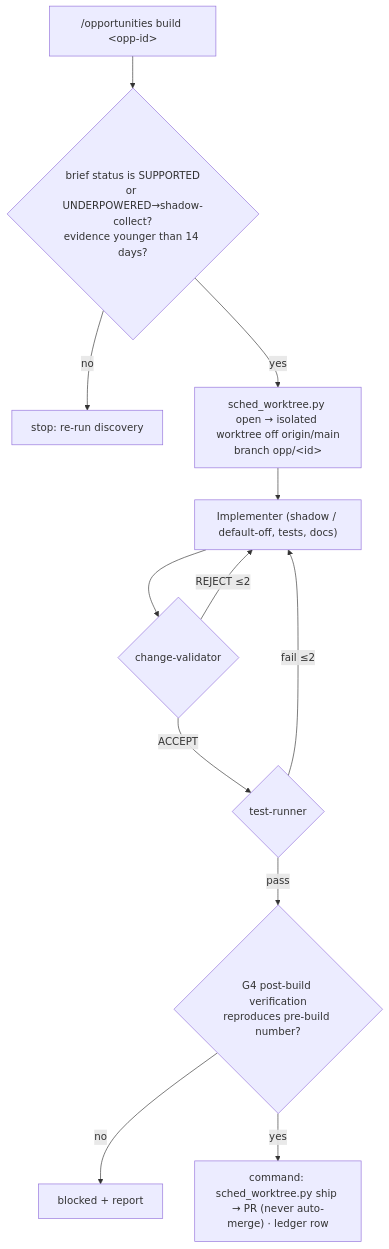
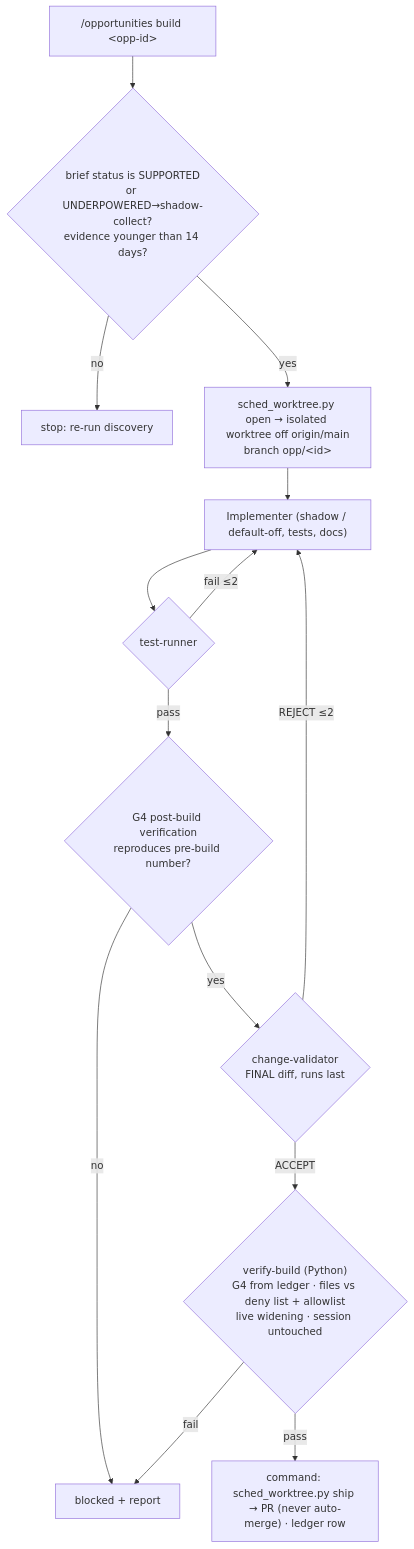
The second of 2 diagrams in docs/opportunity-workflow-scope.md (tzeng7/evmax-sim), drawn with Mermaid before and after one commit. The commit also changed other lines of this file and 23 other files, not shown here.

````diff
--- a/docs/opportunity-workflow-scope.md
+++ b/docs/opportunity-workflow-scope.md
@@ -270,14 +302,16 @@
 ```mermaid
 flowchart TD
     CMD["/opportunities build &lt;opp-id&gt;"] --> G0{"brief status is SUPPORTED<br/>or UNDERPOWERED→shadow-collect?<br/>evidence younger than 14 days?"}
     G0 -->|no| STOP["stop: re-run discovery"]
     G0 -->|yes| WT["sched_worktree.py open → isolated worktree off origin/main<br/>branch opp/&lt;id&gt;"]
     WT --> IMP["Implementer (shadow / default-off, tests, docs)"]
-    IMP --> CV{"change-validator"}
-    CV -->|REJECT ≤2| IMP
-    CV -->|ACCEPT| TR{"test-runner"}
+    IMP --> TR{"test-runner"}
     TR -->|fail ≤2| IMP
     TR -->|pass| PV{"G4 post-build verification<br/>reproduces pre-build number?"}
     PV -->|no| BLK["blocked + report"]
-    PV -->|yes| PR["command: sched_worktree.py ship → PR (never auto-merge) · ledger row"]
+    PV -->|yes| CV{"change-validator<br/>FINAL diff, runs last"}
+    CV -->|REJECT ≤2| IMP
+    CV -->|ACCEPT| VB{"verify-build (Python)<br/>G4 from ledger · files vs deny list + allowlist<br/>live widening · session untouched"}
+    VB -->|fail| BLK
+    VB -->|pass| PR["command: sched_worktree.py ship → PR (never auto-merge) · ledger row"]
 ```
````
